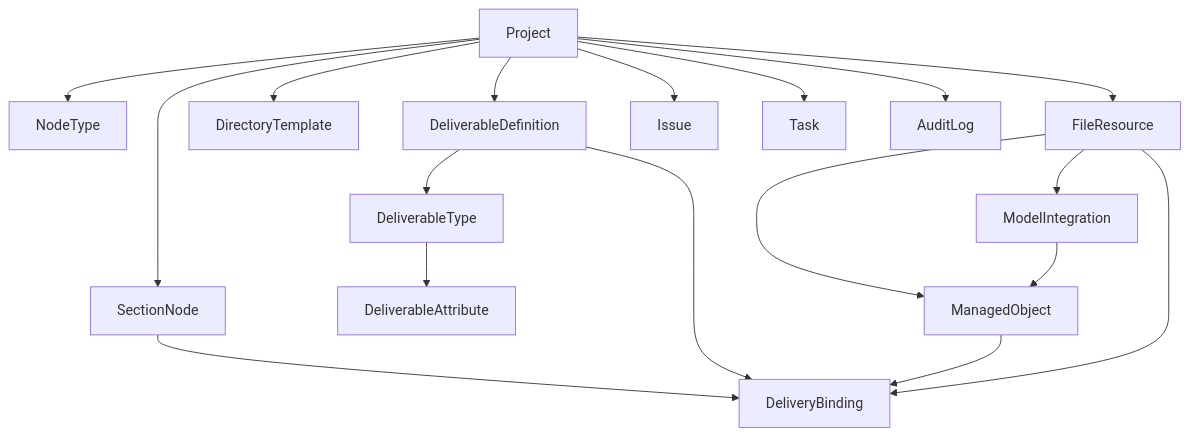
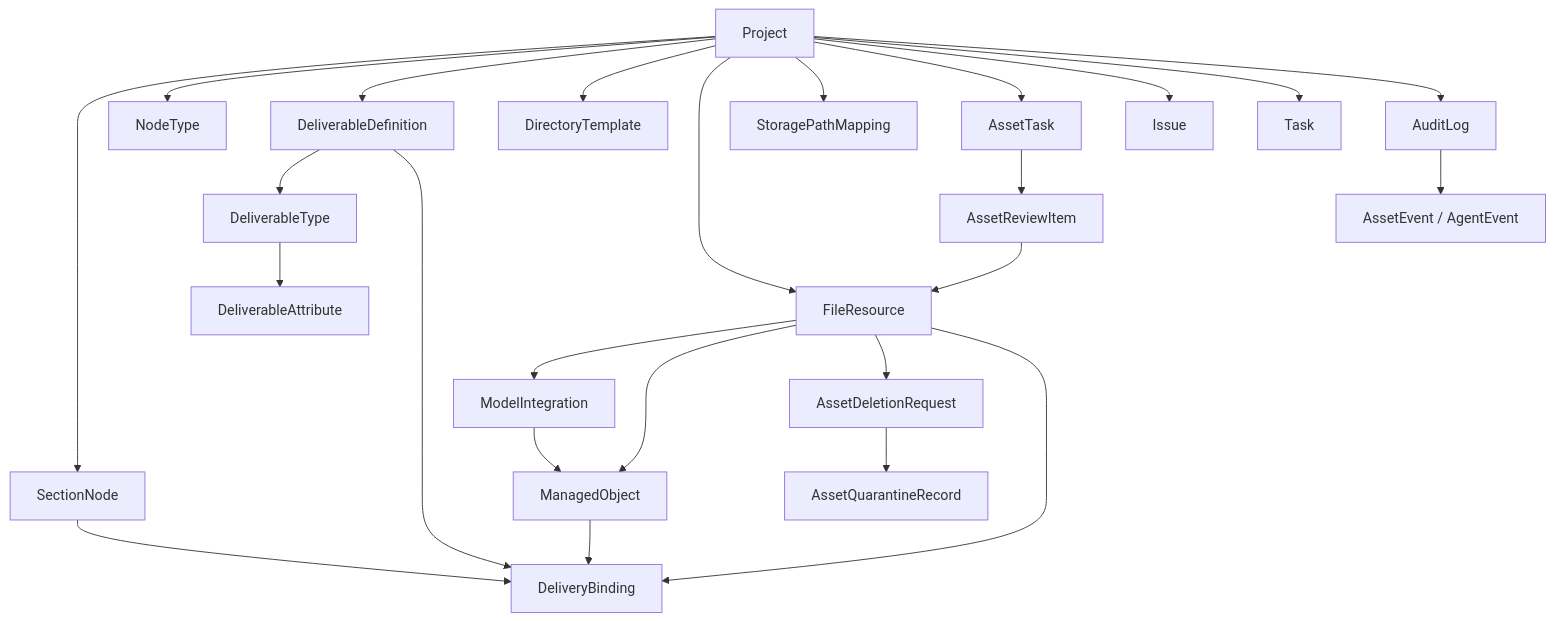
The fourth of 4 diagrams in docs/03-architecture-and-system-design.md (wang3286713435-dev/-), drawn with Mermaid before and after one commit. The commit also changed other lines of this file and 214 other files, not shown here.

````diff
--- a/docs/03-architecture-and-system-design.md
+++ b/docs/03-architecture-and-system-design.md
@@ -195,20 +237,27 @@
 ```mermaid
 flowchart TD
   P["Project"] --> S["SectionNode"]
   P --> N["NodeType"]
   P --> DD["DeliverableDefinition"]
   DD --> DT["DeliverableType"]
   DT --> DA["DeliverableAttribute"]
   P --> T["DirectoryTemplate"]
   P --> FR["FileResource"]
+  P --> MAP["StoragePathMapping"]
+  P --> TASK2["AssetTask"]
+  TASK2 --> REVIEW["AssetReviewItem"]
+  REVIEW --> FR
   FR --> MI["ModelIntegration"]
   FR --> MO["ManagedObject"]
+  FR --> DR["AssetDeletionRequest"]
+  DR --> QR["AssetQuarantineRecord"]
   MI --> MO
   S --> DB["DeliveryBinding"]
   DD --> DB
   MO --> DB
   FR --> DB
   P --> I["Issue"]
   P --> TK["Task"]
   P --> AL["AuditLog"]
+  AL --> EVT["AssetEvent / AgentEvent"]
 ```
````
